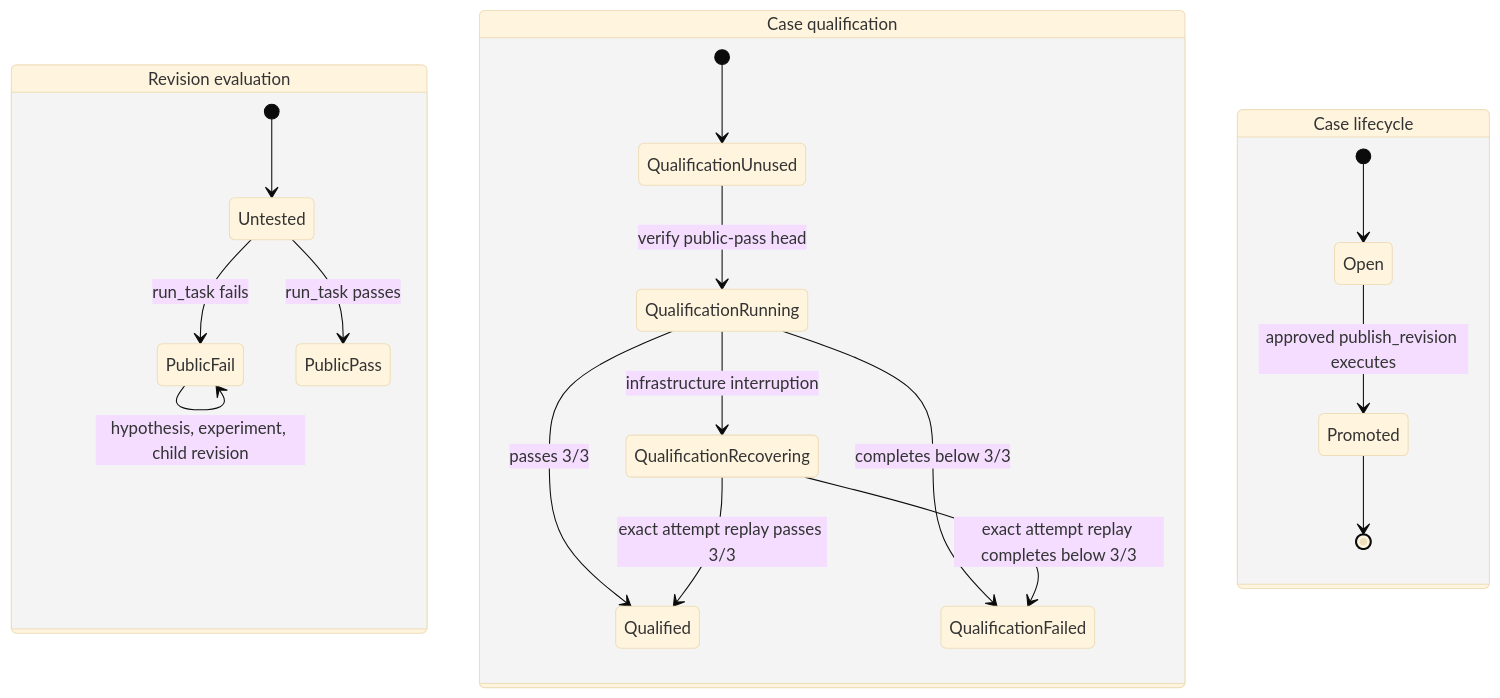
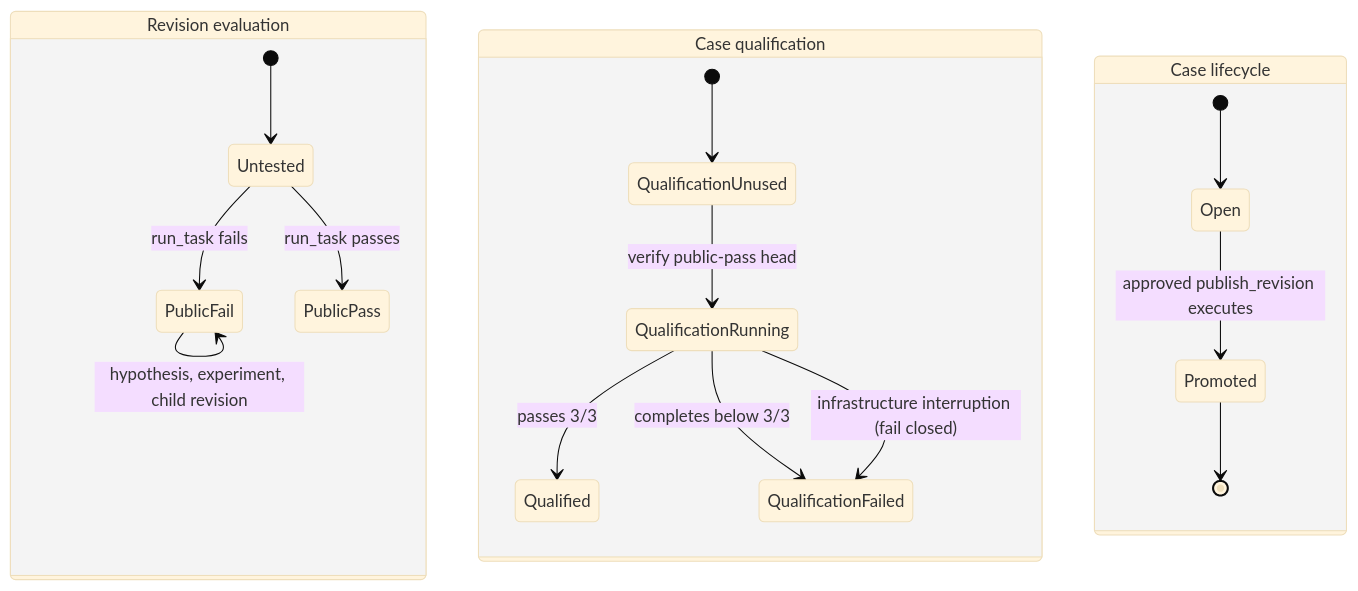
Before and after one commit to my-name-is-yu/TrueForgeHackathon: the second of 2 diagrams in docs/asset-autopsy-mvp-design.md, drawn with Mermaid (base theme). The commit also changed other lines of this file, not shown here.

Commit message:
docs: fail closed on qualification interruption

```diff
--- a/docs/asset-autopsy-mvp-design.md
+++ b/docs/asset-autopsy-mvp-design.md
@@ -251,25 +251,23 @@
 ~~~mermaid
 stateDiagram-v2
     state "Revision evaluation" as R {
       [*] --> Untested
       Untested --> PublicFail: run_task fails
       PublicFail --> PublicFail: hypothesis, experiment, child revision
       Untested --> PublicPass: run_task passes
     }
 
     state "Case qualification" as Q {
       [*] --> QualificationUnused
       QualificationUnused --> QualificationRunning: verify public-pass head
       QualificationRunning --> Qualified: passes 3/3
       QualificationRunning --> QualificationFailed: completes below 3/3
-      QualificationRunning --> QualificationRecovering: infrastructure interruption
-      QualificationRecovering --> Qualified: exact attempt replay passes 3/3
-      QualificationRecovering --> QualificationFailed: exact attempt replay completes below 3/3
+      QualificationRunning --> QualificationFailed: infrastructure interruption (fail closed)
     }
 
     state "Case lifecycle" as C {
       [*] --> Open
       Open --> Promoted: approved publish_revision executes
       Promoted --> [*]
     }
 ~~~
```
